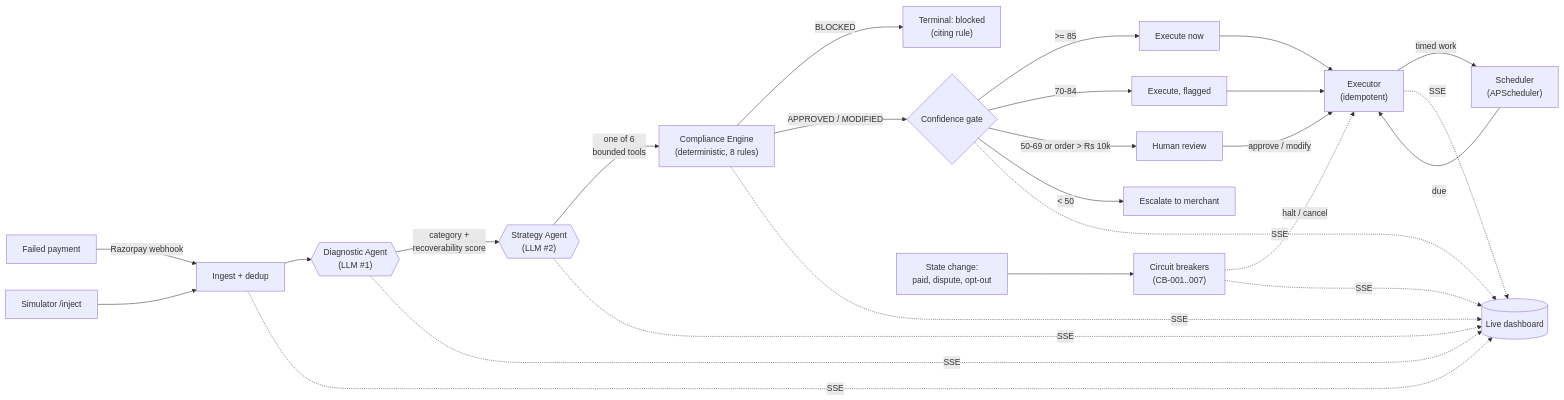
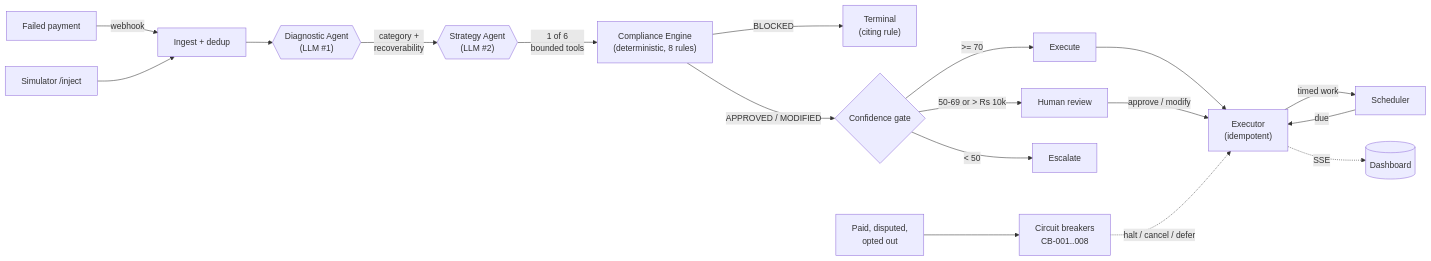
One commit to OmkarPujeri/payrecover changed the diagram in README.md. Above: the diagram before and after it, drawn with Mermaid. The commit also changed other lines of this file, not shown here.

````diff
--- a/README.md
+++ b/README.md
@@ -73,28 +122,20 @@
 ```mermaid
 flowchart LR
-    A[Failed payment] -->|Razorpay webhook| B[Ingest + dedup]
+    A[Failed payment] -->|webhook| B[Ingest + dedup]
     A2["Simulator /inject"] --> B
     B --> C{{"Diagnostic Agent<br/>(LLM #1)"}}
-    C -->|"category +<br/>recoverability score"| D{{"Strategy Agent<br/>(LLM #2)"}}
-    D -->|"one of 6<br/>bounded tools"| E["Compliance Engine<br/>(deterministic, 8 rules)"]
-    E -->|BLOCKED| BL["Terminal: blocked<br/>(citing rule)"]
+    C -->|"category +<br/>recoverability"| D{{"Strategy Agent<br/>(LLM #2)"}}
+    D -->|"1 of 6<br/>bounded tools"| E["Compliance Engine<br/>(deterministic, 8 rules)"]
+    E -->|BLOCKED| BL["Terminal<br/>(citing rule)"]
     E -->|APPROVED / MODIFIED| F{Confidence gate}
-    F -->|">= 85"| G[Execute now]
-    F -->|"70-84"| H[Execute, flagged]
-    F -->|"50-69 or order > Rs 10k"| I[Human review]
-    F -->|"< 50"| J[Escalate to merchant]
+    F -->|">= 70"| G[Execute]
+    F -->|"50-69 or > Rs 10k"| I[Human review]
+    F -->|"< 50"| J[Escalate]
     G --> X["Executor<br/>(idempotent)"]
-    H --> X
     I -->|approve / modify| X
-    X -->|"timed work"| S["Scheduler<br/>(APScheduler)"]
+    X -->|"timed work"| S["Scheduler"]
     S -->|"due"| X
-    Y["Circuit breakers<br/>(CB-001..007)"] -.->|"halt / cancel"| X
-    Z["State change:<br/>paid, dispute, opt-out"] --> Y
-    B -.->|SSE| K[(Live dashboard)]
-    C -.->|SSE| K
-    D -.->|SSE| K
-    E -.->|SSE| K
-    F -.->|SSE| K
-    X -.->|SSE| K
-    Y -.->|SSE| K
+    Y["Circuit breakers<br/>CB-001..008"] -.->|"halt / cancel / defer"| X
+    Z["Paid, disputed,<br/>opted out"] --> Y
+    X -.->|SSE| K[(Dashboard)]
 ```
````
